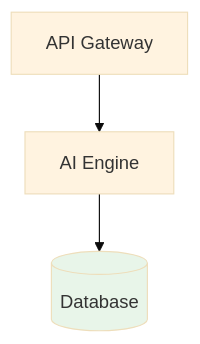
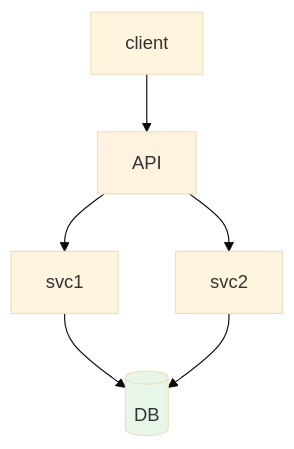
One commit to MikePfunk28/openclaw-plus changed the diagram in .knowledge/architecture/component-diagram.md. Above: the diagram before and after it, drawn with Mermaid (base theme). The commit also changed 25 other files, not shown here.

````diff
--- a/.knowledge/architecture/component-diagram.md
+++ b/.knowledge/architecture/component-diagram.md
@@ -1,19 +1,20 @@
 ```mermaid
 graph TB
-    api[API Gateway]
-    ai[AI Engine]
-    db[(Database)]
-    api --> ai
-    ai --> db
+    api[API]
+    db[(DB)]
+    client --> api
+    api --> svc1
+    api --> svc2
+    svc1 --> db
+    svc2 --> db
 
 classDef frontend fill:#e1f5fe
 classDef service fill:#fff3e0
 classDef database fill:#e8f5e9
 classDef queue fill:#fce4ec
 
 
 class api service
-class ai service
 class db database
 
 ```
````
